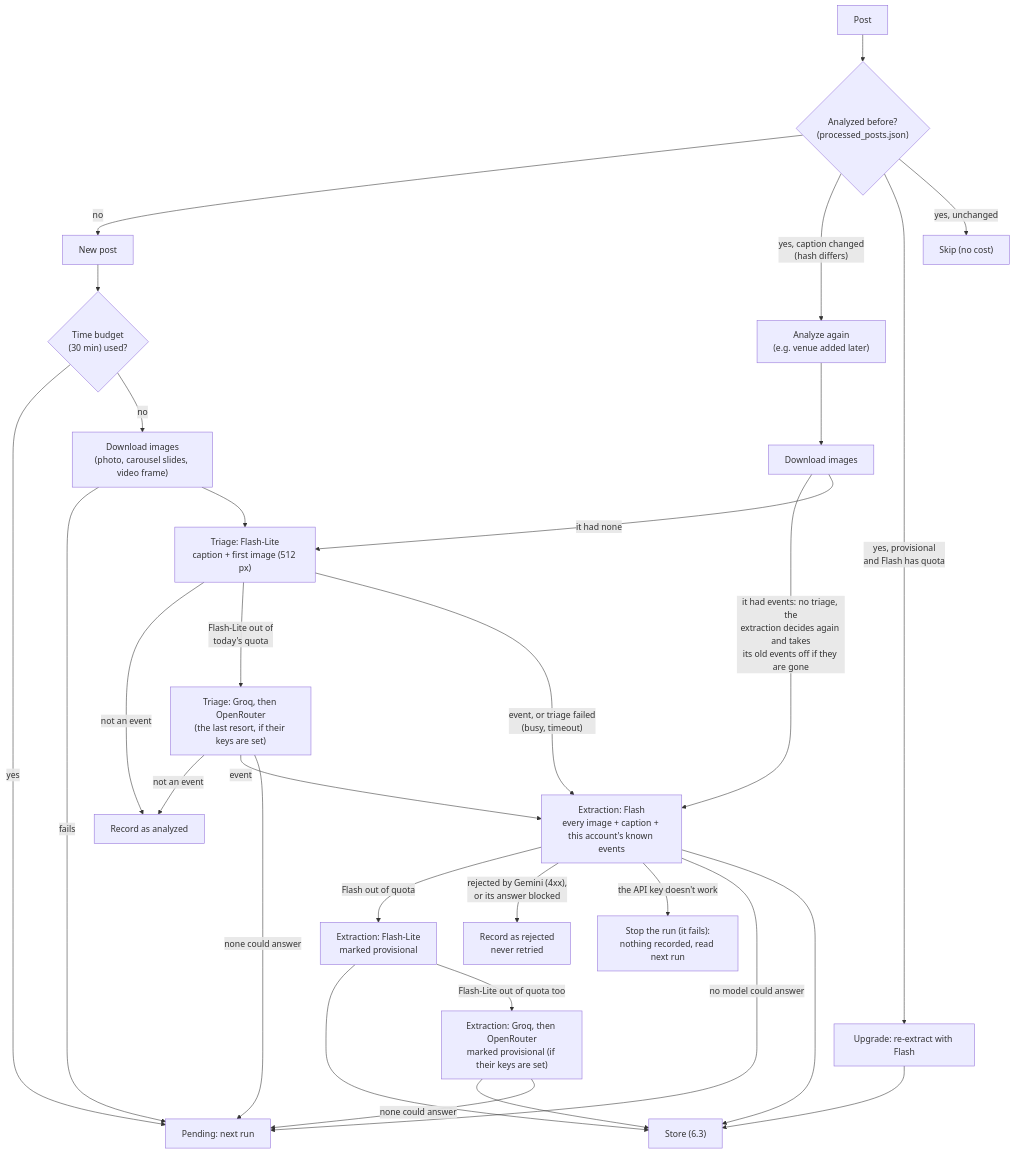
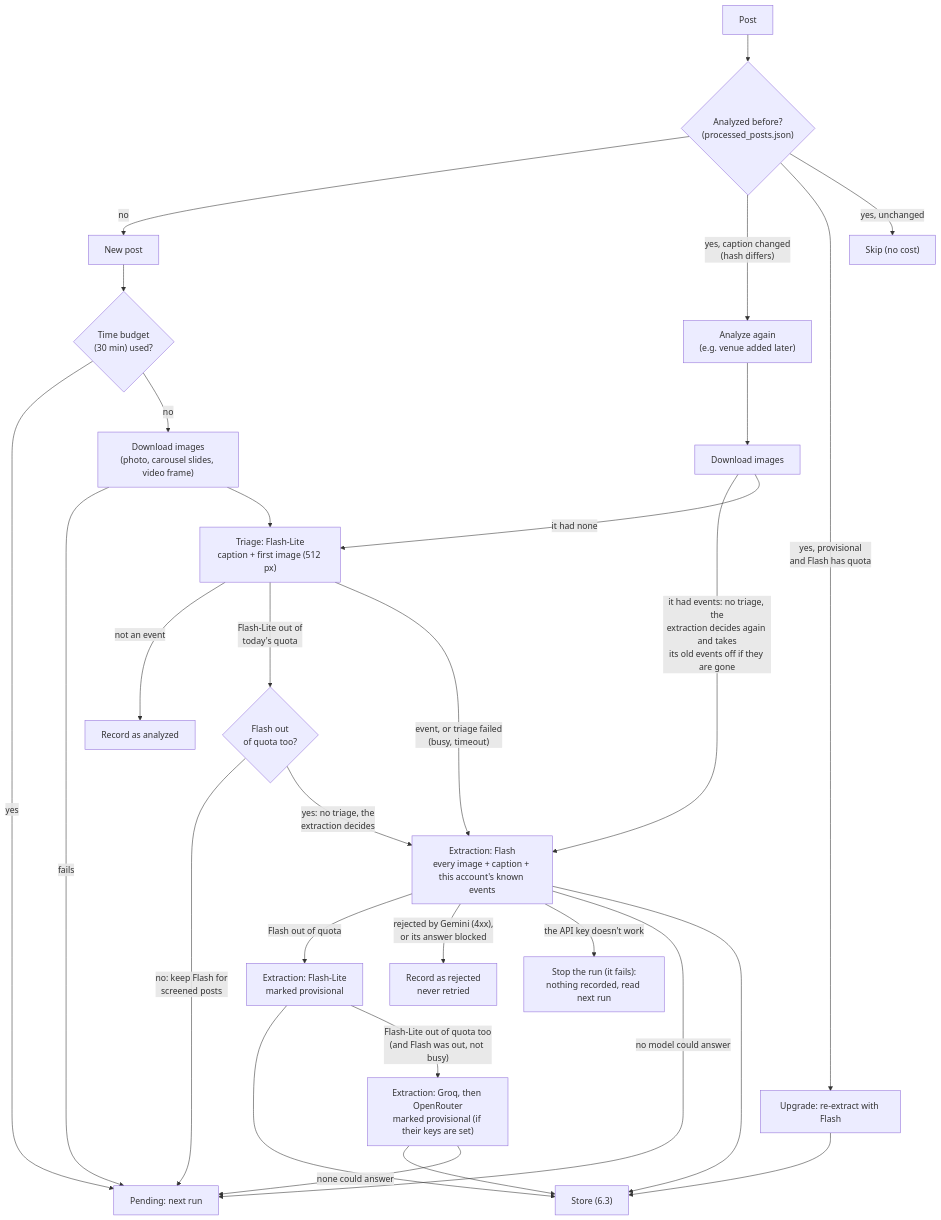
One commit to pa-bailar/backend changed the fourth of 12 diagrams in docs/ARCHITECTURE.md. Above: the diagram before and after it, drawn with Mermaid. The commit also changed other lines of this file and 3 other files, not shown here.

Commit message:
docs: the last resort extracts only, its time limits, Groq's numbers and the style safeguards

````diff
--- a/docs/ARCHITECTURE.md
+++ b/docs/ARCHITECTURE.md
@@ -488,31 +488,30 @@
 ```mermaid
 flowchart TD
     P["Post"] --> Q{"Analyzed before?<br/>(processed_posts.json)"}
     Q -->|no| N["New post"]
     Q -->|"yes, caption changed<br/>(hash differs)"| RE["Analyze again<br/>(e.g. venue added later)"]
     Q -->|"yes, provisional<br/>and Flash has quota"| UP["Upgrade: re-extract with Flash"]
     Q -->|"yes, unchanged"| SKIP["Skip (no cost)"]
     N --> T{"Time budget<br/>(30 min) used?"}
     T -->|yes| PEND["Pending: next run"]
     T -->|no| IMG["Download images<br/>(photo, carousel slides, video frame)"]
     RE --> IMG2["Download images"] -->|"it had events: no triage, the<br/>extraction decides again and takes<br/>its old events off if they are gone"| EX
     IMG2 -->|"it had none"| TR
     IMG -->|fails| PEND
     IMG --> TR["Triage: Flash-Lite<br/>caption + first image (512 px)"]
     TR -->|"not an event"| REC["Record as analyzed"]
-    TR -->|"Flash-Lite out of<br/>today's quota"| TLR["Triage: Groq, then OpenRouter<br/>(the last resort, if their keys are set)"]
-    TLR -->|"not an event"| REC
-    TLR -->|"event"| EX
-    TLR -->|"none could answer"| PEND
+    TR -->|"Flash-Lite out of<br/>today's quota"| TLR{"Flash out<br/>of quota too?"}
+    TLR -->|"no: keep Flash for<br/>screened posts"| PEND
+    TLR -->|"yes: no triage, the<br/>extraction decides"| EX
     TR -->|"event, or triage failed<br/>(busy, timeout)"| EX["Extraction: Flash<br/>every image + caption + this account's known events"]
     EX -->|"Flash out of quota"| PROV["Extraction: Flash-Lite<br/>marked provisional"]
     EX -->|"rejected by Gemini (4xx),<br/>or its answer blocked"| REJ["Record as rejected<br/>never retried"]
     EX -->|"the API key doesn't work"| STOP["Stop the run (it fails):<br/>nothing recorded, read next run"]
     EX -->|"no model could answer"| PEND
     EX --> ST["Store (6.3)"]
     PROV --> ST
-    PROV -->|"Flash-Lite out of quota too"| LAST["Extraction: Groq, then OpenRouter<br/>marked provisional (if their keys are set)"]
+    PROV -->|"Flash-Lite out of quota too<br/>(and Flash was out, not busy)"| LAST["Extraction: Groq, then OpenRouter<br/>marked provisional (if their keys are set)"]
     LAST --> ST
     LAST -->|"none could answer"| PEND
     UP --> ST
 ```
````
